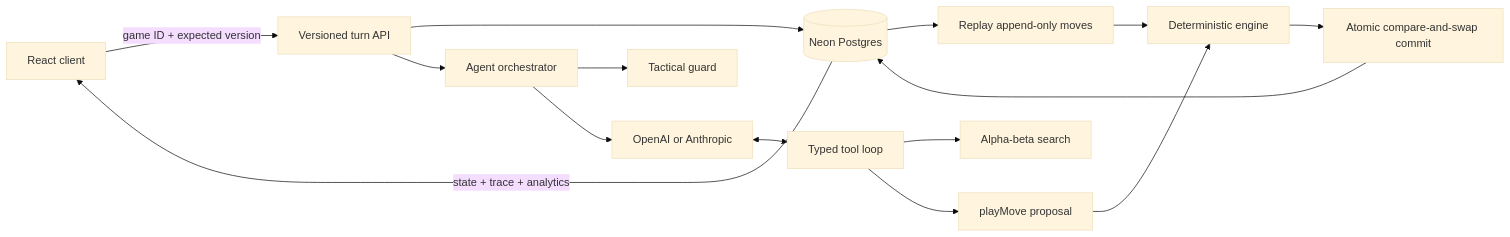
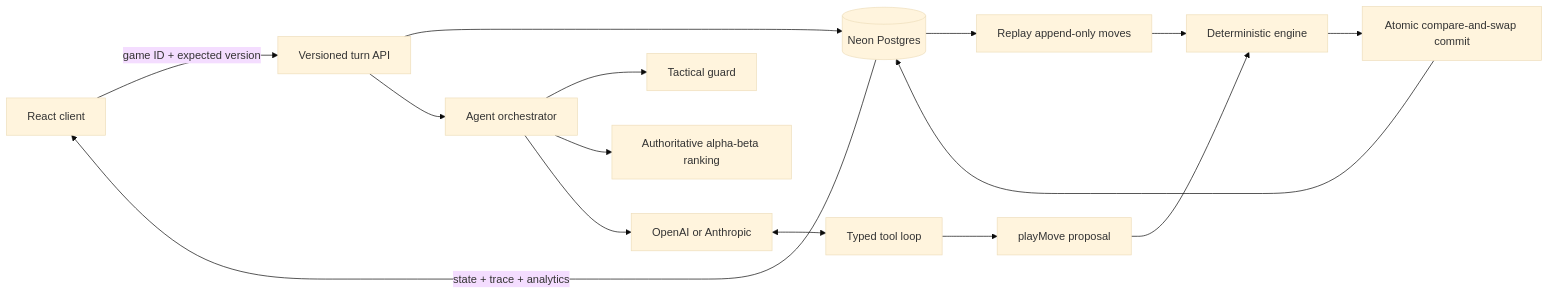
Before and after one commit to xsachax/netic-onsite: the diagram in README.md, drawn with Mermaid (base theme). The commit also changed other lines of this file and 24 other files, not shown here.

````diff
--- a/README.md
+++ b/README.md
@@ -42,17 +42,17 @@
 ```mermaid
 flowchart LR
     UI[React client] -->|game ID + expected version| API[Versioned turn API]
     API --> DB[(Neon Postgres)]
     DB --> REPLAY[Replay append-only moves]
     REPLAY --> ENGINE[Deterministic engine]
     API --> ORCH[Agent orchestrator]
     ORCH --> GUARD[Tactical guard]
+    ORCH --> SEARCH[Authoritative alpha-beta ranking]
     ORCH --> LLM[OpenAI or Anthropic]
     LLM <--> TOOLS[Typed tool loop]
-    TOOLS --> SEARCH[Alpha-beta search]
     TOOLS --> ACTION[playMove proposal]
     ACTION --> ENGINE
     ENGINE --> CAS[Atomic compare-and-swap commit]
     CAS --> DB
     DB -->|state + trace + analytics| UI
 ```
````
